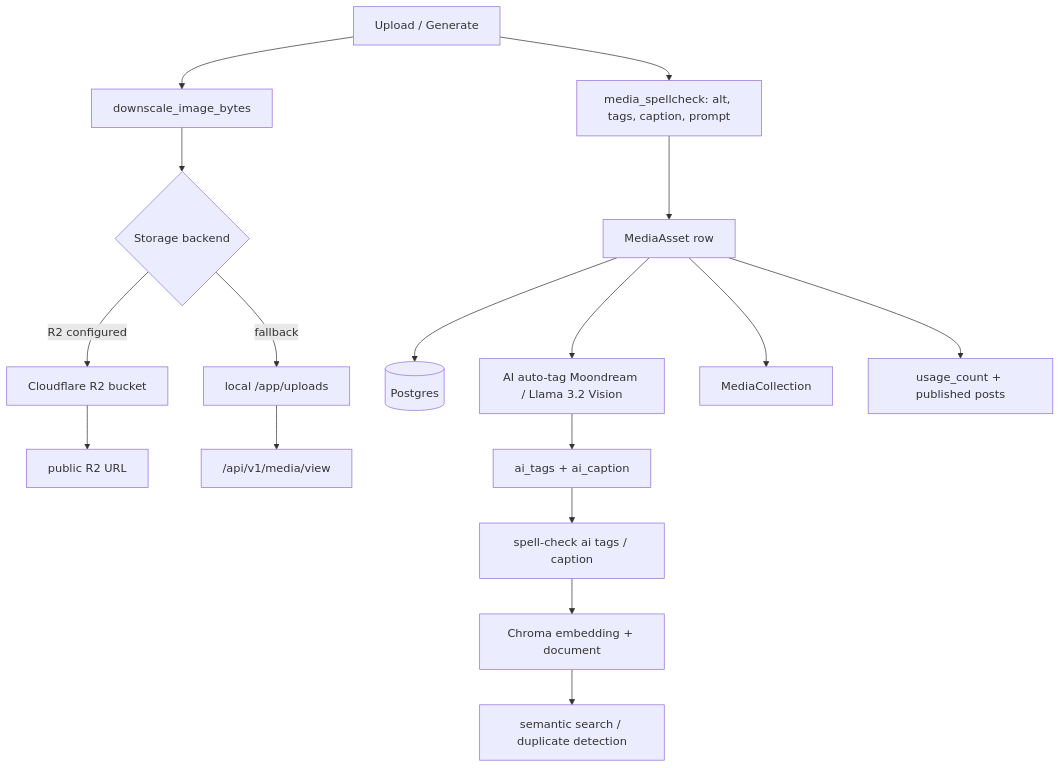
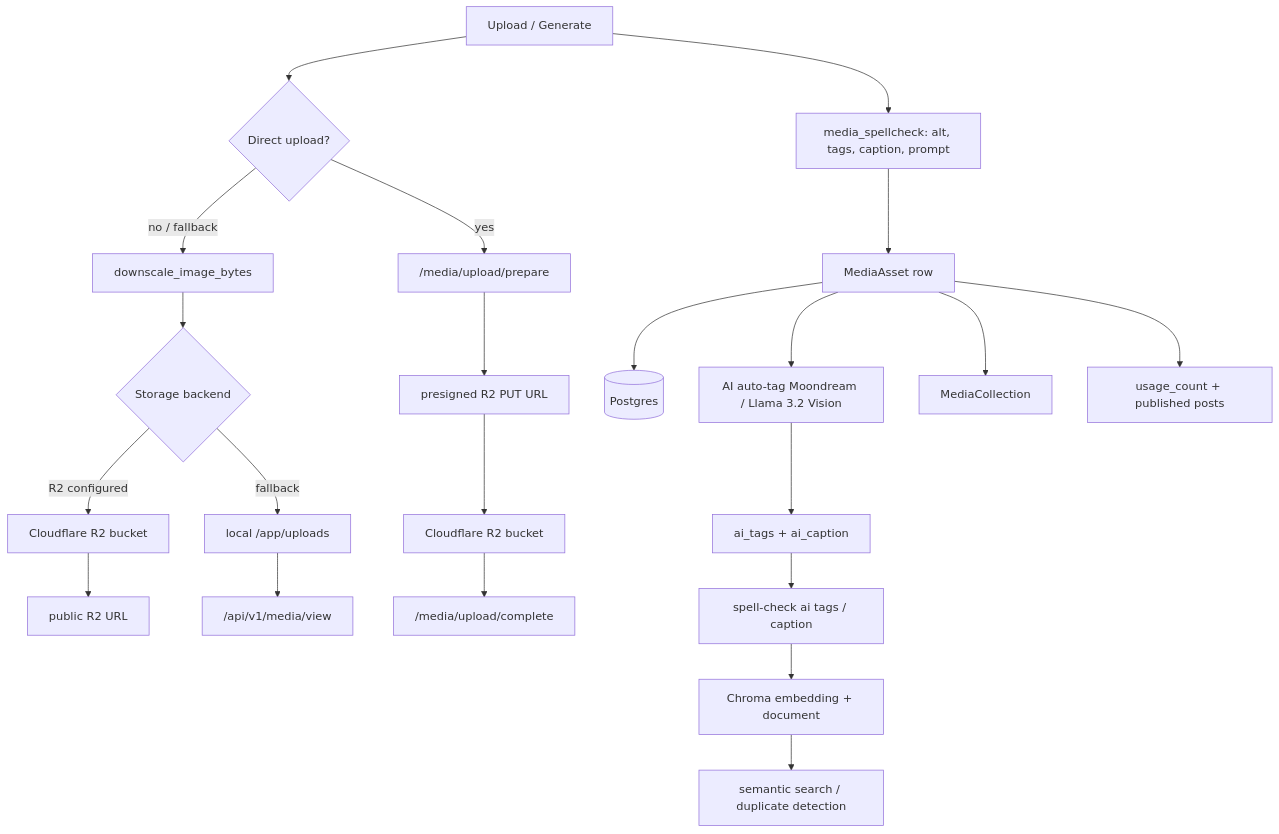
The sixth of 14 diagrams in docs/superpowers/plans/plan-e6a92ed66b9dca4a.md (Themis128/cu130-slim), drawn with Mermaid before and after one commit. The commit also changed other lines of this file and 5 other files, not shown here.

````diff
--- a/docs/superpowers/plans/plan-e6a92ed66b9dca4a.md
+++ b/docs/superpowers/plans/plan-e6a92ed66b9dca4a.md
@@ -306,19 +306,24 @@
 ```mermaid
 flowchart TD
-    A["Upload / Generate"] --> B["downscale_image_bytes"]
+    A["Upload / Generate"] --> UP{Direct upload?}
+    UP -->|yes| PREP["/media/upload/prepare"]
+    PREP --> PUT["presigned R2 PUT URL"]
+    PUT --> R2["Cloudflare R2 bucket"]
+    UP -->|no / fallback| B["downscale_image_bytes"]
     B --> C{Storage backend}
     C -->|"R2 configured"| D["Cloudflare R2 bucket"]
     C -->|fallback| L["local /app/uploads"]
     D --> P["public R2 URL"]
     L --> P2["/api/v1/media/view"]
+    R2 --> COMP["/media/upload/complete"]
     A --> SC["media_spellcheck: alt, tags, caption, prompt"]
     SC --> M["MediaAsset row"]
     M --> T[(Postgres)]
     M --> AI["AI auto-tag Moondream / Llama 3.2 Vision"]
     AI --> Tags["ai_tags + ai_caption"]
     Tags --> SC2["spell-check ai tags / caption"]
     SC2 --> Chroma["Chroma embedding + document"]
     Chroma --> S["semantic search / duplicate detection"]
     M --> Col[MediaCollection]
     M --> U["usage_count + published posts"]
 ```
````
